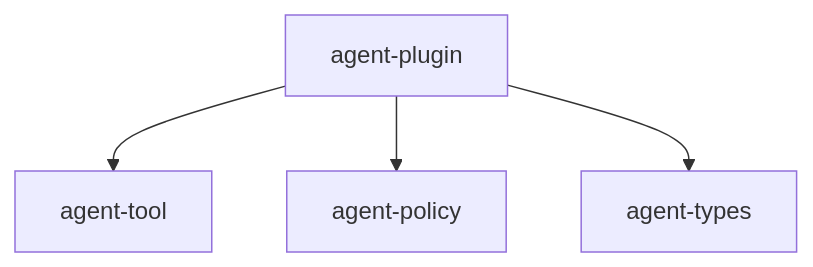
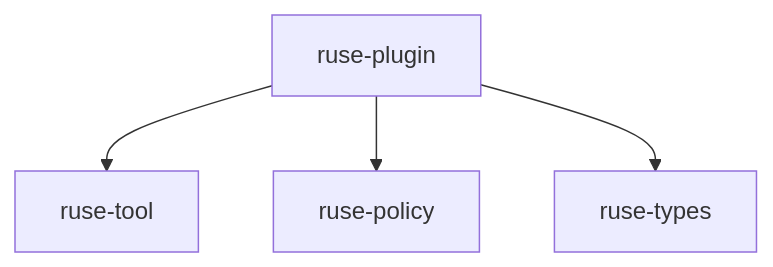
Before and after one commit to poneding/agent: the diagram in docs/specs/M11-01-plugin-manifest.spec.md, drawn with Mermaid. The commit also changed other lines of this file and 2091 other files, not shown here.

First line of the commit message:
refactor: rename agent branding to ruse

````diff
--- a/docs/specs/M11-01-plugin-manifest.spec.md
+++ b/docs/specs/M11-01-plugin-manifest.spec.md
@@ -39,6 +39,6 @@
 ```mermaid
 flowchart TD
-  plugin["agent-plugin"] --> tool["agent-tool"]
-  plugin --> policy["agent-policy"]
-  plugin --> types["agent-types"]
+  plugin["ruse-plugin"] --> tool["ruse-tool"]
+  plugin --> policy["ruse-policy"]
+  plugin --> types["ruse-types"]
 ```
````
